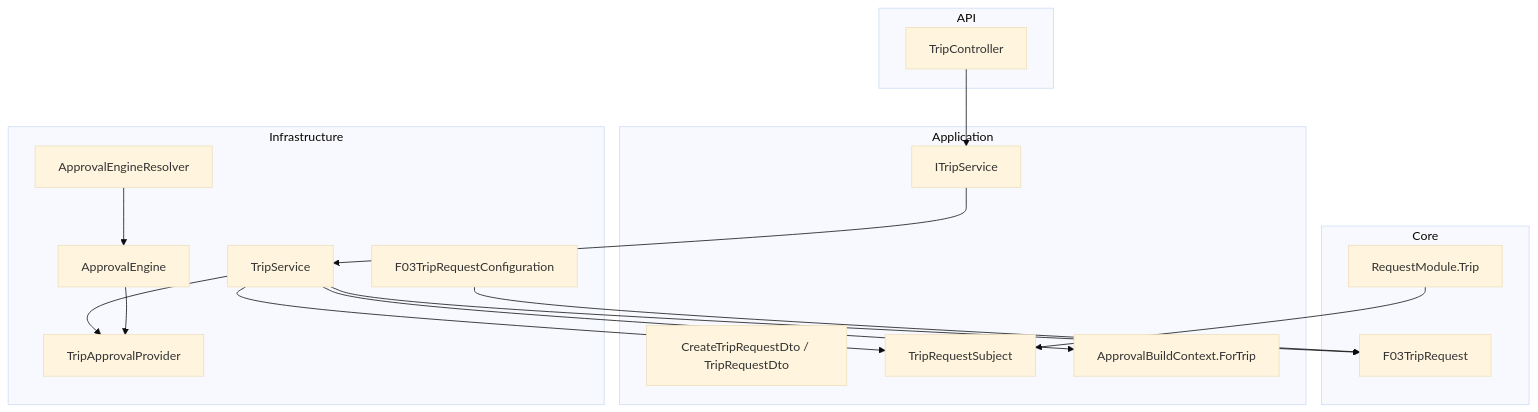
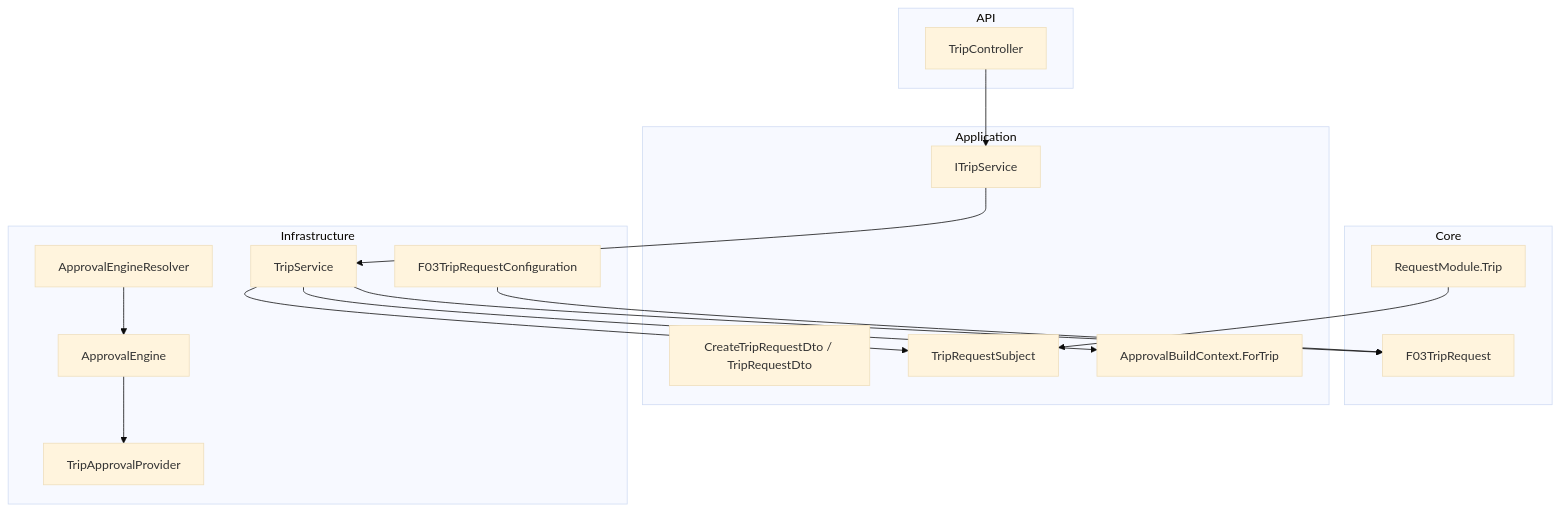
The fifth of 6 diagrams in MÔ HÌNH/09_TRIP.md (Nang0559/Reggister), drawn with Mermaid (base theme) before and after one commit. The commit also changed other lines of this file, not shown here.

````diff
--- a/MÔ HÌNH/09_TRIP.md
+++ b/MÔ HÌNH/09_TRIP.md
@@ -167,33 +167,32 @@
 ```mermaid
 flowchart TB
     subgraph Core
       ENT[F03TripRequest]
       ENUM[RequestModule.Trip]
     end
     subgraph Application
       DTO[CreateTripRequestDto / TripRequestDto]
       SUBJECT[TripRequestSubject]
       CTX[ApprovalBuildContext.ForTrip]
       CONTRACT[ITripService]
     end
     subgraph Infrastructure
       SERVICE[TripService]
       PROVIDER[TripApprovalProvider]
       ENGINE[ApprovalEngine<Trip>]
       RESOLVER[ApprovalEngineResolver]
       CONFIG[F03TripRequestConfiguration]
     end
     subgraph API
       CTRL[TripController]
     end
     CTRL --> CONTRACT
     CONTRACT --> SERVICE
     SERVICE --> ENT
     SERVICE --> SUBJECT
     SERVICE --> CTX
-    SERVICE --> PROVIDER
     RESOLVER --> ENGINE
     ENGINE --> PROVIDER
     CONFIG --> ENT
     ENUM --> SUBJECT
 ```
````
